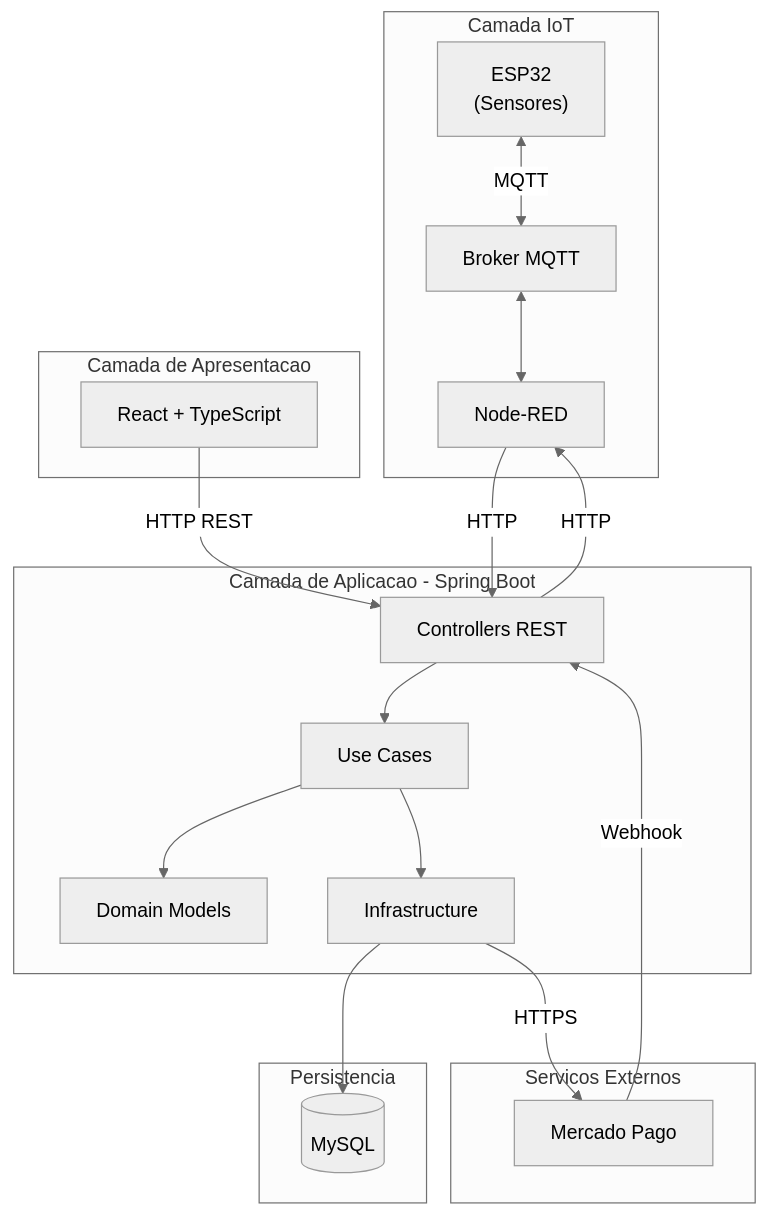
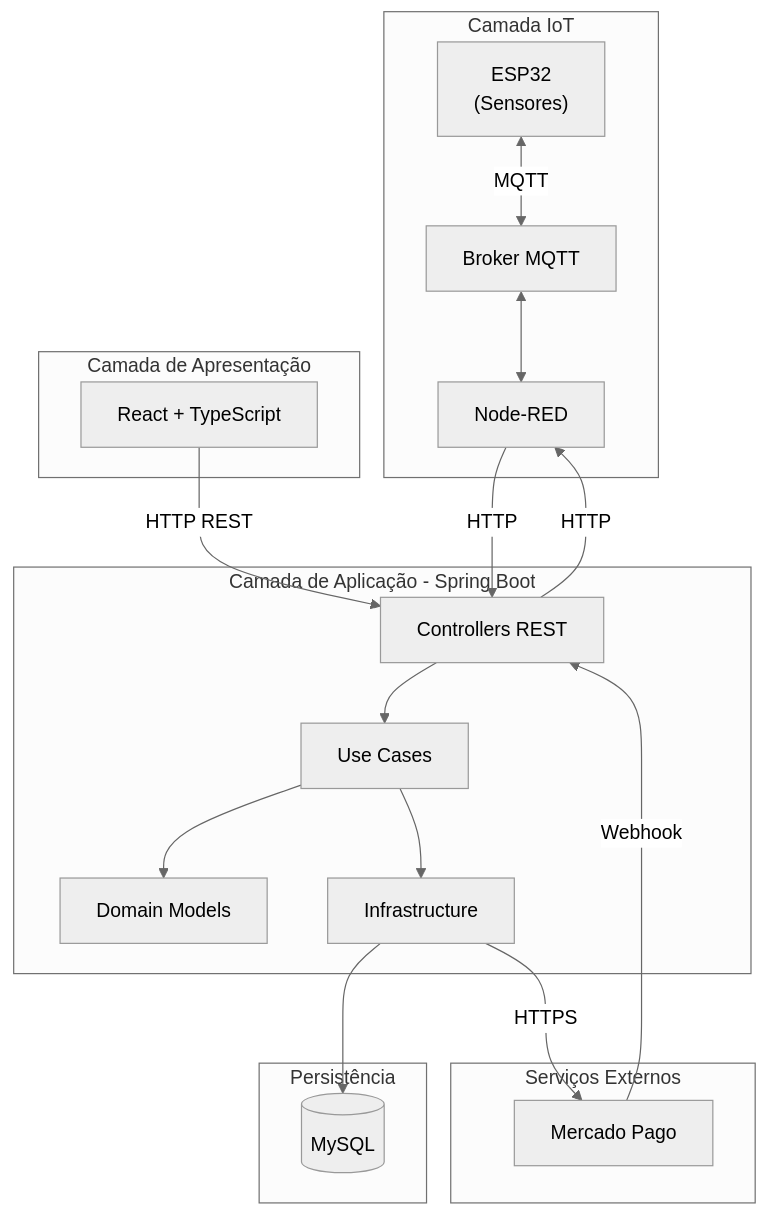
The second of 2 diagrams in README.md (Luca5Eckert/Libera.ai), drawn with Mermaid (neutral theme) before and after one commit. The commit also changed other lines of this file and 2 other files, not shown here.

````diff
--- a/README.md
+++ b/README.md
@@ -211,39 +211,39 @@
 ```mermaid
 flowchart TB
     subgraph IoT["Camada IoT"]
         ESP["ESP32<br/>(Sensores)"]
         MQTT["Broker MQTT"]
         NodeRED["Node-RED"]
     end
     
-    subgraph Frontend["Camada de Apresentacao"]
+    subgraph Frontend["Camada de Apresentação"]
         WEB["React + TypeScript"]
     end
     
-    subgraph Backend["Camada de Aplicacao - Spring Boot"]
+    subgraph Backend["Camada de Aplicação - Spring Boot"]
         CTRL["Controllers REST"]
         UC["Use Cases"]
         DOMAIN["Domain Models"]
         INFRA["Infrastructure"]
     end
     
-    subgraph External["Servicos Externos"]
+    subgraph External["Serviços Externos"]
         MP["Mercado Pago"]
     end
     
-    subgraph Storage["Persistencia"]
+    subgraph Storage["Persistência"]
         DB[("MySQL")]
     end
     
     ESP <-->|MQTT| MQTT
     MQTT <--> NodeRED
     NodeRED -->|HTTP| CTRL
     WEB -->|HTTP REST| CTRL
     CTRL --> UC
     UC --> DOMAIN
     UC --> INFRA
     INFRA --> DB
     INFRA -->|HTTPS| MP
     MP -->|Webhook| CTRL
     CTRL -->|HTTP| NodeRED
 ```
````
